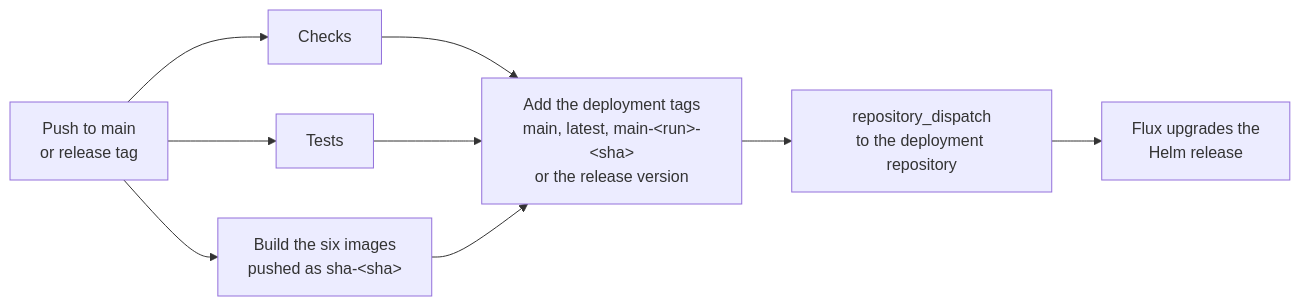
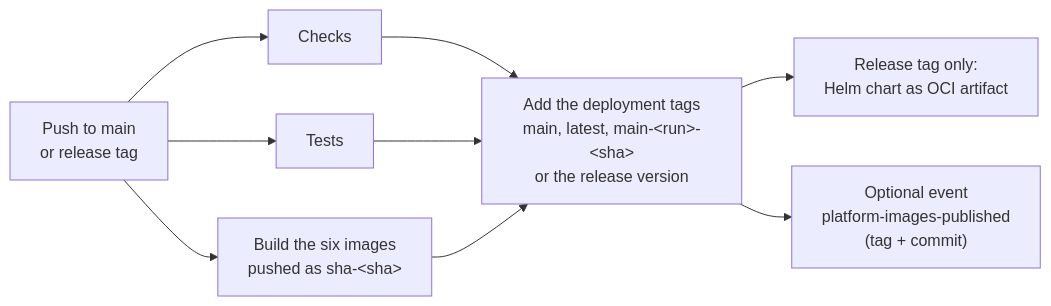
Before and after one commit to bayesimpact/bayes-platform: the third of 3 diagrams in docs/architecture.md, drawn with Mermaid. The commit also changed other lines of this file and 2 other files, not shown here.

First line of the commit message:
docs: describe the current deployment flow (#978)

````diff
--- a/docs/architecture.md
+++ b/docs/architecture.md
@@ -156,11 +151,11 @@
 ```mermaid
 flowchart LR
     PUSH["Push to main<br/>or release tag"] --> CHECKS["Checks"]
     PUSH --> TEST["Tests"]
     PUSH --> BUILD["Build the six images<br/>pushed as sha-&lt;sha&gt;"]
     CHECKS --> PUBLISH
     TEST --> PUBLISH
     BUILD --> PUBLISH["Add the deployment tags<br/>main, latest, main-&lt;run&gt;-&lt;sha&gt;<br/>or the release version"]
-    PUBLISH --> NOTIFY["repository_dispatch<br/>to the deployment repository"]
-    NOTIFY --> FLUX["Flux upgrades the<br/>Helm release"]
+    PUBLISH --> CHART["Release tag only:<br/>Helm chart as OCI artifact"]
+    PUBLISH --> NOTIFY["Optional event<br/>platform-images-published<br/>(tag + commit)"]
 ```
````
